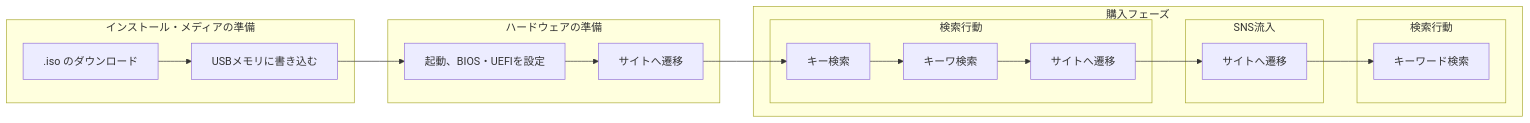
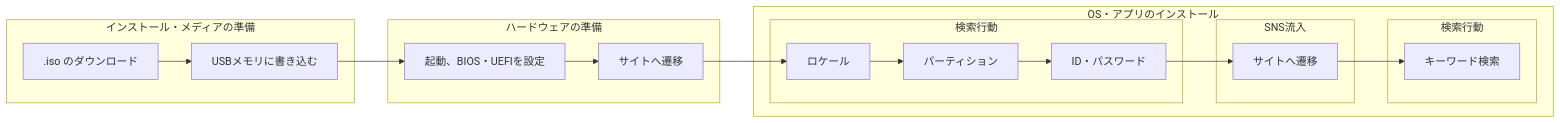
The diagram in linux-install-02.md (hobby-pc2026/linux-install), drawn with Mermaid before and after one commit.

````diff
--- a/linux-install-02.md
+++ b/linux-install-02.md
@@ -3,26 +3,26 @@
 ```mermaid
 flowchart LR
     subgraph フェーズ1 [インストール・メディアの準備]
 
             A[.iso のダウンロード] --> B[USBメモリに書き込む]
     end
     subgraph フェーズ2 [ハードウェアの準備]
  
             B --> C[起動、BIOS・UEFIを設定]
 
             C --> E[サイトへ遷移]
      end
-    subgraph フェーズ3 [購入フェーズ]
+    subgraph フェーズ3 [OS・アプリのインストール]
         subgraph サブ5 [検索行動]
-            E --> F[キー検索]
-            F --> G[キーワ検索]
-            G --> H[サイトへ遷移] 
+            E --> F[ロケール]
+            F --> G[パーティション]
+            G --> H[ID・パスワード] 
         end
         subgraph サブ8 [SNS流入]
             H --> I[サイトへ遷移]
         end
         subgraph サブ9 [検索行動]
             I --> J[キーワード検索]
         end
     end
 ```
````
